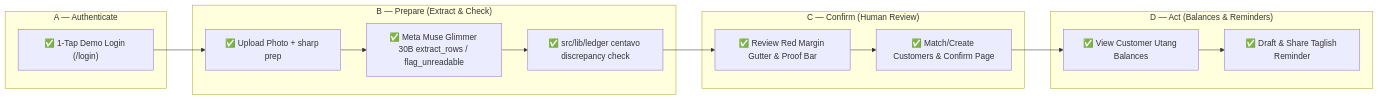
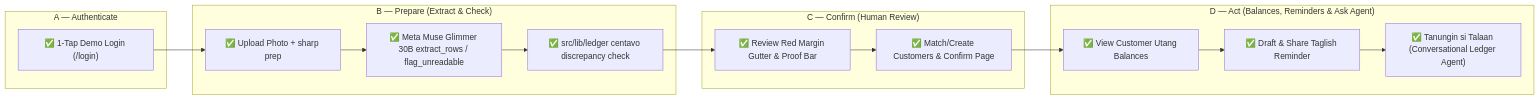
One commit to ejay-detera/talaan changed the second of 5 diagrams in docs/flow.md. Above: the diagram before and after it, drawn with Mermaid. The commit also changed other lines of this file and 21 other files, not shown here.

Commit message:
feat: add AI agent ask system and overdue ledger analytics with tests

````diff
--- a/docs/flow.md
+++ b/docs/flow.md
@@ -44,20 +45,21 @@
 ```mermaid
 flowchart LR
   subgraph A ["A — Authenticate"]
     A1["✅ 1-Tap Demo Login (/login)"]
   end
   subgraph B ["B — Prepare (Extract & Check)"]
     B1["✅ Upload Photo + sharp prep"]
     B2["✅ Meta Muse Glimmer 30B extract_rows / flag_unreadable"]
     B3["✅ src/lib/ledger centavo discrepancy check"]
   end
   subgraph C ["C — Confirm (Human Review)"]
     C1["✅ Review Red Margin Gutter & Proof Bar"]
     C2["✅ Match/Create Customers & Confirm Page"]
   end
-  subgraph D ["D — Act (Balances & Reminders)"]
+  subgraph D ["D — Act (Balances, Reminders & Ask Agent)"]
     D1["✅ View Customer Utang Balances"]
     D2["✅ Draft & Share Taglish Reminder"]
+    D3["✅ Tanungin si Talaan (Conversational Ledger Agent)"]
   end
-  A1 --> B1 --> B2 --> B3 --> C1 --> C2 --> D1 --> D2
+  A1 --> B1 --> B2 --> B3 --> C1 --> C2 --> D1 --> D2 --> D3
 ```
````
